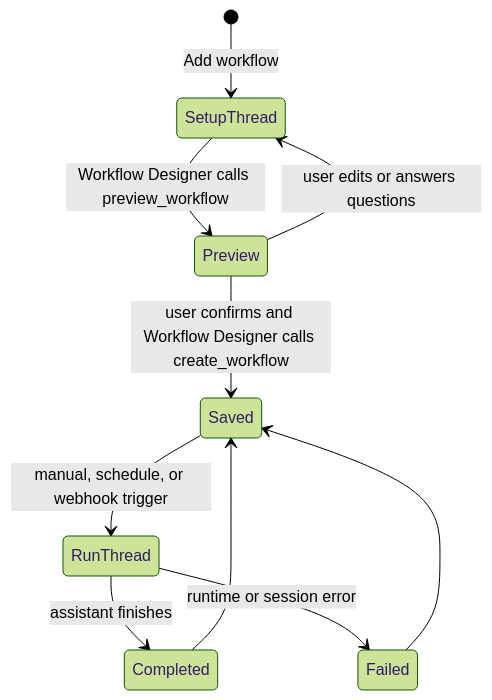
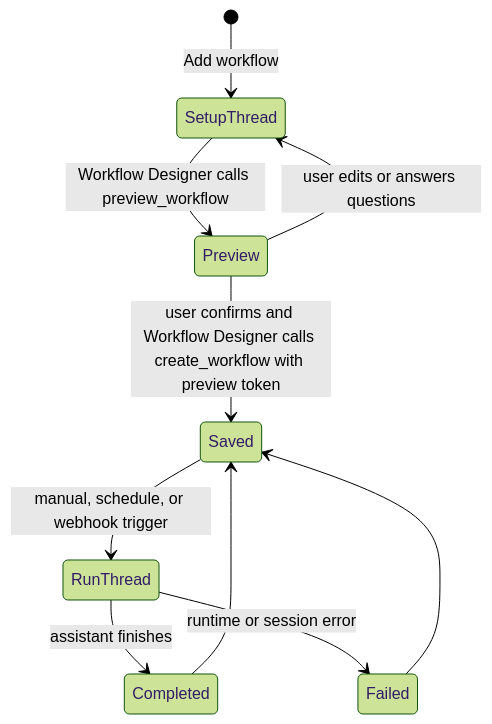
Before and after one commit to joe-broadhead/open-cowork: the diagram in docs/workflows.md, drawn with Mermaid (forest theme). The commit also changed other lines of this file and 15 other files, not shown here.

````diff
--- a/docs/workflows.md
+++ b/docs/workflows.md
@@ -118,12 +119,12 @@
 ```mermaid
 stateDiagram-v2
     [*] --> SetupThread: Add workflow
     SetupThread --> Preview: Workflow Designer calls preview_workflow
     Preview --> SetupThread: user edits or answers questions
-    Preview --> Saved: user confirms and Workflow Designer calls create_workflow
+    Preview --> Saved: user confirms and Workflow Designer calls create_workflow with preview token
     Saved --> RunThread: manual, schedule, or webhook trigger
     RunThread --> Completed: assistant finishes
     RunThread --> Failed: runtime or session error
     Completed --> Saved
     Failed --> Saved
 ```
````
